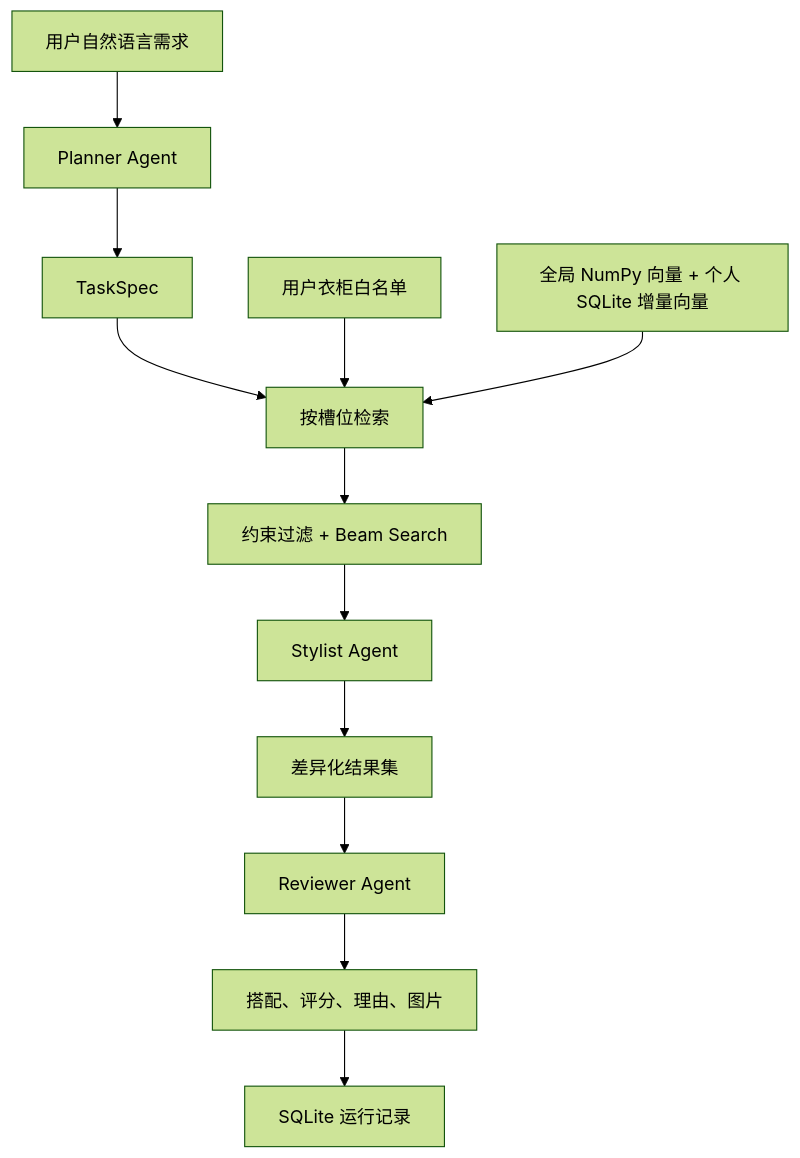
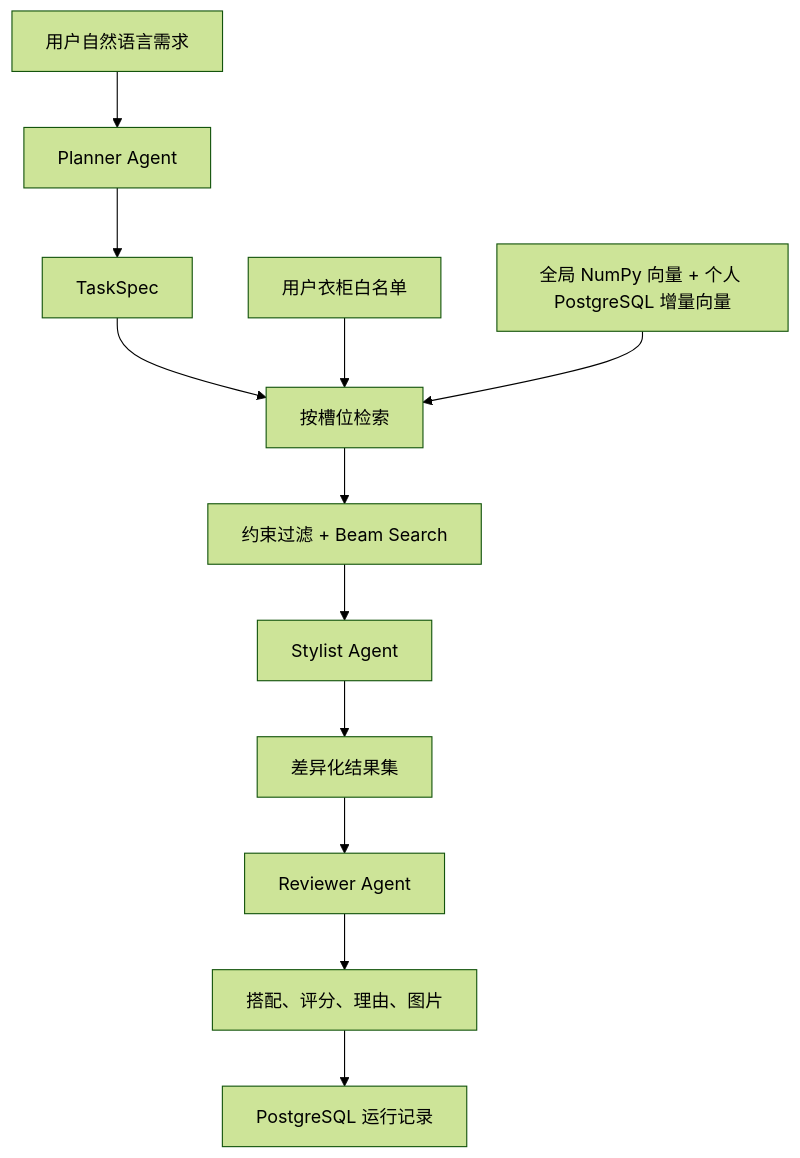
One commit to lingz-1/styleforge changed the first of 2 diagrams in docs/ARCHITECTURE.md. Above: the diagram before and after it, drawn with Mermaid (forest theme). The commit also changed other lines of this file and 121 other files, not shown here.

````diff
--- a/docs/ARCHITECTURE.md
+++ b/docs/ARCHITECTURE.md
@@ -14,14 +14,14 @@
 ```mermaid
 flowchart TD
     U["用户自然语言需求"] --> P["Planner Agent"]
     P --> T["TaskSpec"]
     T --> R["按槽位检索"]
     W["用户衣柜白名单"] --> R
-    F["全局 NumPy 向量 + 个人 SQLite 增量向量"] --> R
+    F["全局 NumPy 向量 + 个人 PostgreSQL 增量向量"] --> R
     R --> C["约束过滤 + Beam Search"]
     C --> S["Stylist Agent"]
     S --> D["差异化结果集"]
     D --> V["Reviewer Agent"]
     V --> O["搭配、评分、理由、图片"]
-    O --> DB["SQLite 运行记录"]
+    O --> DB["PostgreSQL 运行记录"]
 ```
````
